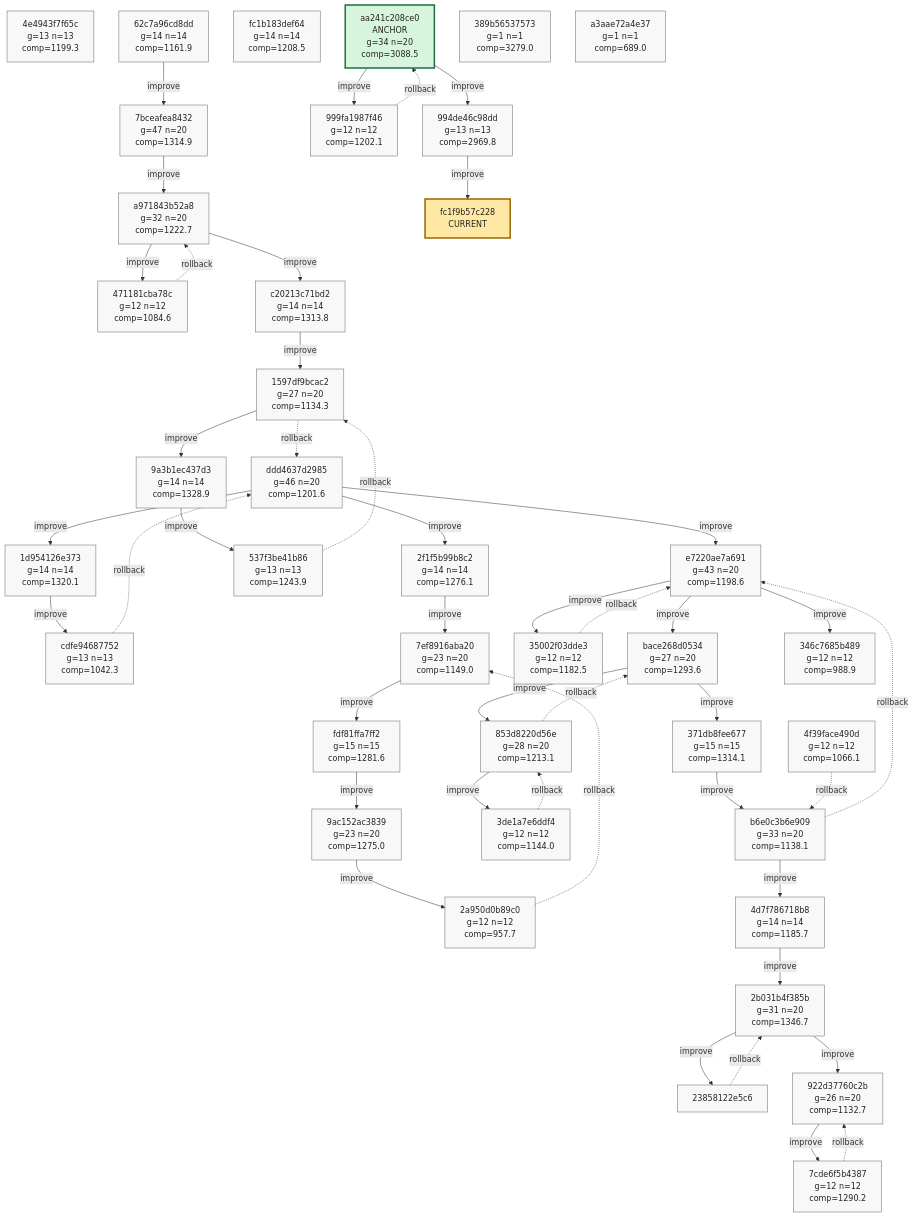
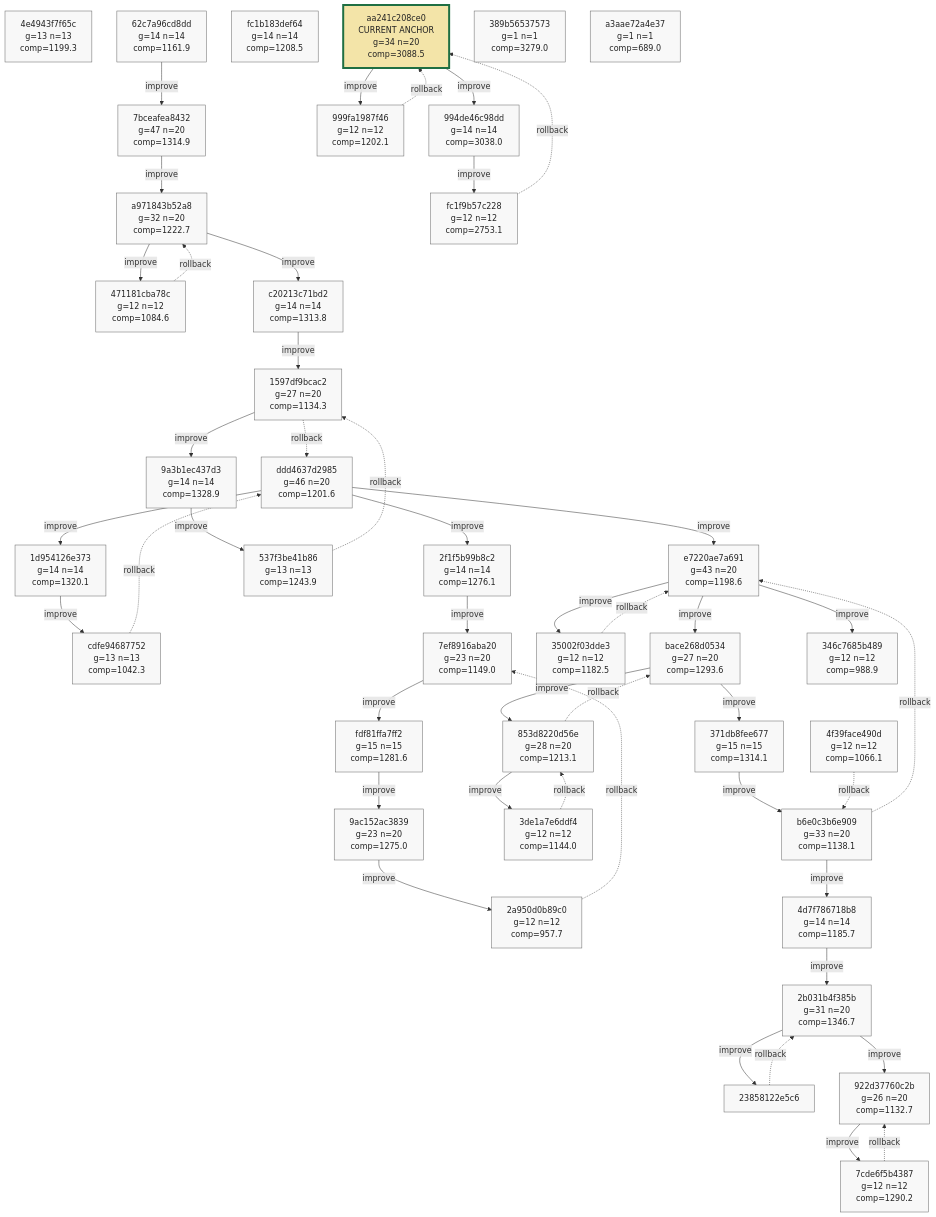
One commit to azumag/soviet_now changed the ninth of 9 diagrams in phyrogenetic-tree.md. Above: the diagram before and after it, drawn with Mermaid. The commit also changed other lines of this file and 2 other files, not shown here.

````diff
--- a/phyrogenetic-tree.md
+++ b/phyrogenetic-tree.md
@@ -2275,12 +2276,12 @@
     h_fc1b183def64["fc1b183def64<br/>g=14 n=14<br/>comp=1208.5"]
     h_4f39face490d["4f39face490d<br/>g=12 n=12<br/>comp=1066.1"]
     h_346c7685b489["346c7685b489<br/>g=12 n=12<br/>comp=988.9"]
-    h_aa241c208ce0["aa241c208ce0<br/>ANCHOR<br/>g=34 n=20<br/>comp=3088.5"]
+    h_aa241c208ce0["aa241c208ce0<br/>CURRENT ANCHOR<br/>g=34 n=20<br/>comp=3088.5"]
     h_999fa1987f46["999fa1987f46<br/>g=12 n=12<br/>comp=1202.1"]
-    h_994de46c98dd["994de46c98dd<br/>g=13 n=13<br/>comp=2969.8"]
+    h_994de46c98dd["994de46c98dd<br/>g=14 n=14<br/>comp=3038.0"]
+    h_fc1f9b57c228["fc1f9b57c228<br/>g=12 n=12<br/>comp=2753.1"]
     h_389b56537573["389b56537573<br/>g=1 n=1<br/>comp=3279.0"]
     h_a3aae72a4e37["a3aae72a4e37<br/>g=1 n=1<br/>comp=689.0"]
-    h_fc1f9b57c228["fc1f9b57c228<br/>CURRENT"]
 
     h_ddd4637d2985 -->|improve| h_1d954126e373
     h_1d954126e373 -->|improve| h_cdfe94687752
@@ -2325,6 +2326,7 @@
     h_999fa1987f46 -. rollback .-> h_aa241c208ce0
     h_aa241c208ce0 -->|improve| h_994de46c98dd
     h_994de46c98dd -->|improve| h_fc1f9b57c228
+    h_fc1f9b57c228 -. rollback .-> h_aa241c208ce0
 
     classDef plain fill:#f8f8f8,stroke:#666,stroke-width:1px,color:#222;
     classDef current fill:#ffe8a3,stroke:#9a6700,stroke-width:3px,color:#222;
@@ -2363,10 +2365,10 @@
     class h_fc1b183def64 plain;
     class h_4f39face490d plain;
     class h_346c7685b489 plain;
-    class h_aa241c208ce0 anchor;
+    class h_aa241c208ce0 current_anchor;
     class h_999fa1987f46 plain;
     class h_994de46c98dd plain;
+    class h_fc1f9b57c228 plain;
     class h_389b56537573 plain;
     class h_a3aae72a4e37 plain;
-    class h_fc1f9b57c228 current;
 ```
````
